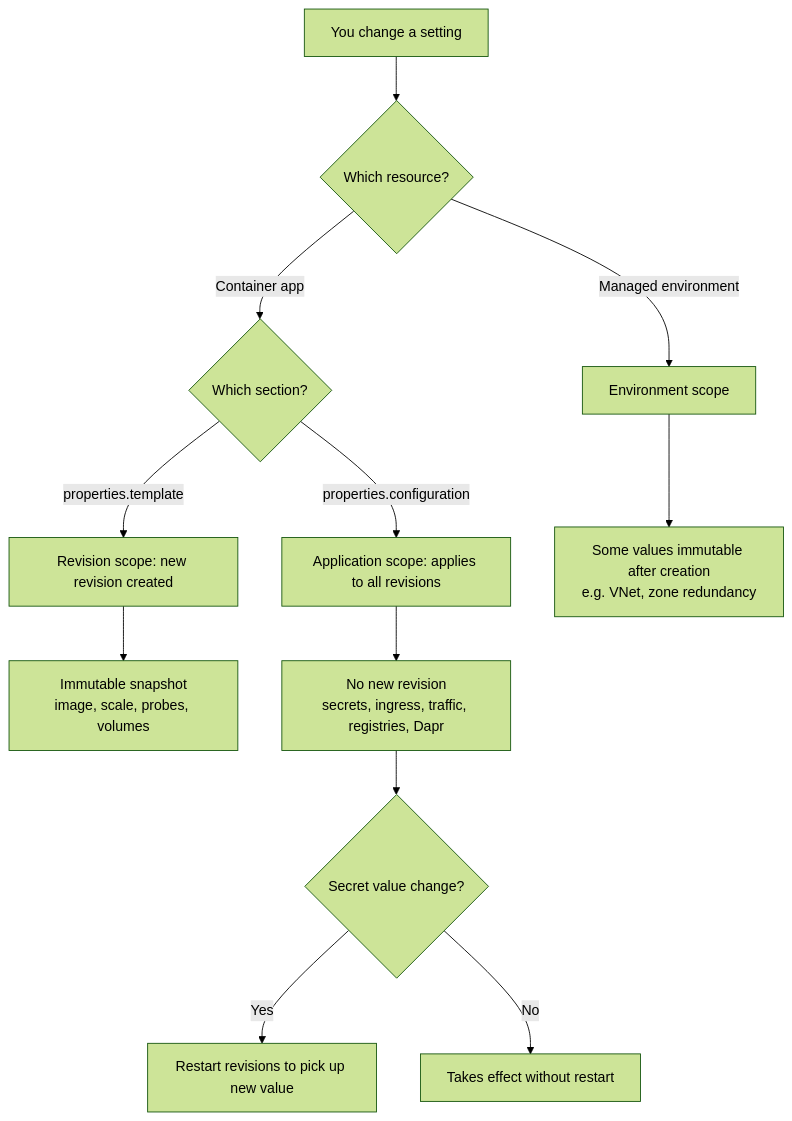
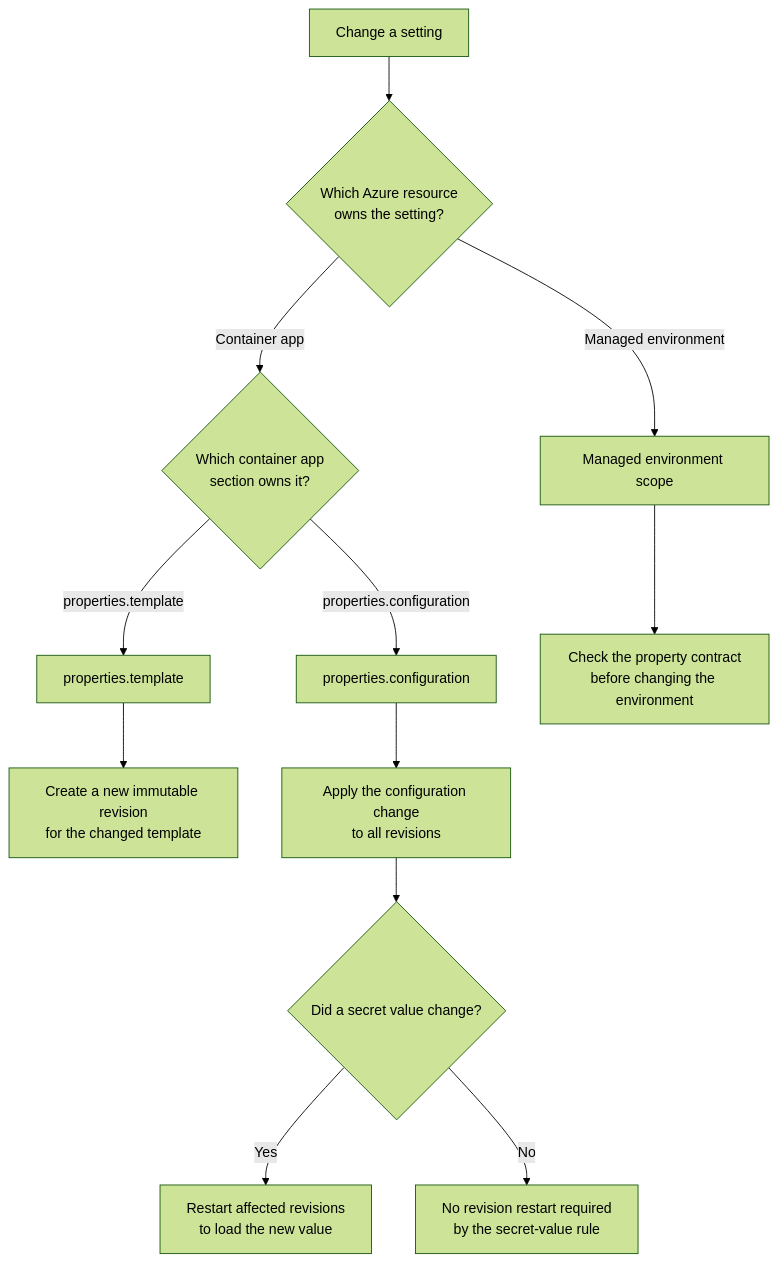
Before and after one commit to yeongseon/azure-container-apps-practical-guide: the diagram in docs/reference/configuration-scope-matrix.md, drawn with Mermaid (forest theme). The commit also changed other lines of this file and 8 other files, not shown here.

Commit message:
docs(diagrams): migrate start and reference diagrams (#618)

````diff
--- a/docs/reference/configuration-scope-matrix.md
+++ b/docs/reference/configuration-scope-matrix.md
@@ -49,14 +24,30 @@
 ```mermaid
 flowchart TD
-    A[You change a setting] --> B{Which resource?}
-    B -->|Managed environment| C[Environment scope]
-    B -->|Container app| D{Which section?}
-    D -->|properties.template| E[Revision scope: new revision created]
-    D -->|properties.configuration| F[Application scope: applies to all revisions]
-    C --> C1[Some values immutable after creation<br/>e.g. VNet, zone redundancy]
-    E --> E1[Immutable snapshot<br/>image, scale, probes, volumes]
-    F --> F1[No new revision<br/>secrets, ingress, traffic, registries, Dapr]
-    F1 --> F2{Secret value change?}
-    F2 -->|Yes| G[Restart revisions to pick up new value]
-    F2 -->|No| H[Takes effect without restart]
+    accTitle: Decide the scope and effect of a Container Apps setting change
+    accDescr: First identify whether the setting belongs to the managed environment or container app. For app settings, template changes create a revision while configuration changes apply to all revisions; changed secret values also require affected revisions to restart.
+
+    CHANGE[Change a setting]
+    RESOURCE{Which Azure resource<br/>owns the setting?}
+    ENVIRONMENT[Managed environment scope]
+    APP_SECTION{Which container app<br/>section owns it?}
+    TEMPLATE[properties.template]
+    CONFIGURATION[properties.configuration]
+    NEW_REVISION[Create a new immutable revision<br/>for the changed template]
+    ALL_REVISIONS[Apply the configuration change<br/>to all revisions]
+    SECRET{Did a secret value change?}
+    RESTART[Restart affected revisions<br/>to load the new value]
+    COMPLETE[No revision restart required<br/>by the secret-value rule]
+    ENV_REVIEW[Check the property contract<br/>before changing the environment]
+
+    CHANGE --> RESOURCE
+    RESOURCE -->|Managed environment| ENVIRONMENT
+    RESOURCE -->|Container app| APP_SECTION
+    ENVIRONMENT --> ENV_REVIEW
+    APP_SECTION -->|properties.template| TEMPLATE
+    APP_SECTION -->|properties.configuration| CONFIGURATION
+    TEMPLATE --> NEW_REVISION
+    CONFIGURATION --> ALL_REVISIONS
+    ALL_REVISIONS --> SECRET
+    SECRET -->|Yes| RESTART
+    SECRET -->|No| COMPLETE
 ```
````
